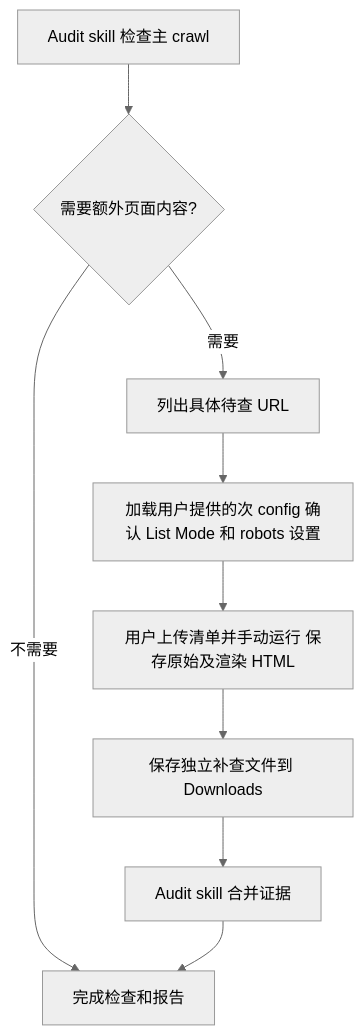
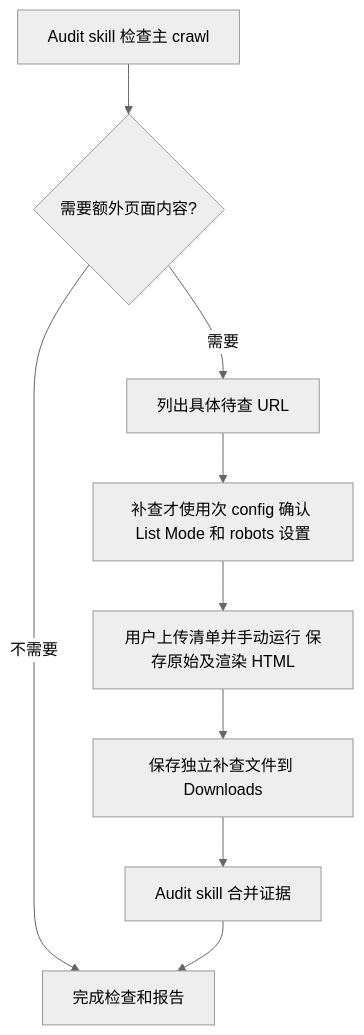
The second of 2 diagrams in README.md (timn-firstpage/On-_site_SF_shared_config), drawn with Mermaid (neutral theme) before and after one commit. The commit also changed other lines of this file and 3 other files, not shown here.

````diff
--- a/README.md
+++ b/README.md
@@ -35,11 +35,11 @@
 ```mermaid
 flowchart TD
     A[Audit skill 检查主 crawl] --> B{需要额外页面内容?}
     B -- 不需要 --> C[完成检查和报告]
     B -- 需要 --> D[列出具体待查 URL]
-    D --> E[加载用户提供的次 config 确认 List Mode 和 robots 设置]
+    D --> E[补查才使用次 config 确认 List Mode 和 robots 设置]
     E --> F[用户上传清单并手动运行 保存原始及渲染 HTML]
     F --> G[保存独立补查文件到 Downloads]
     G --> H[Audit skill 合并证据]
     H --> C
 ```
````
